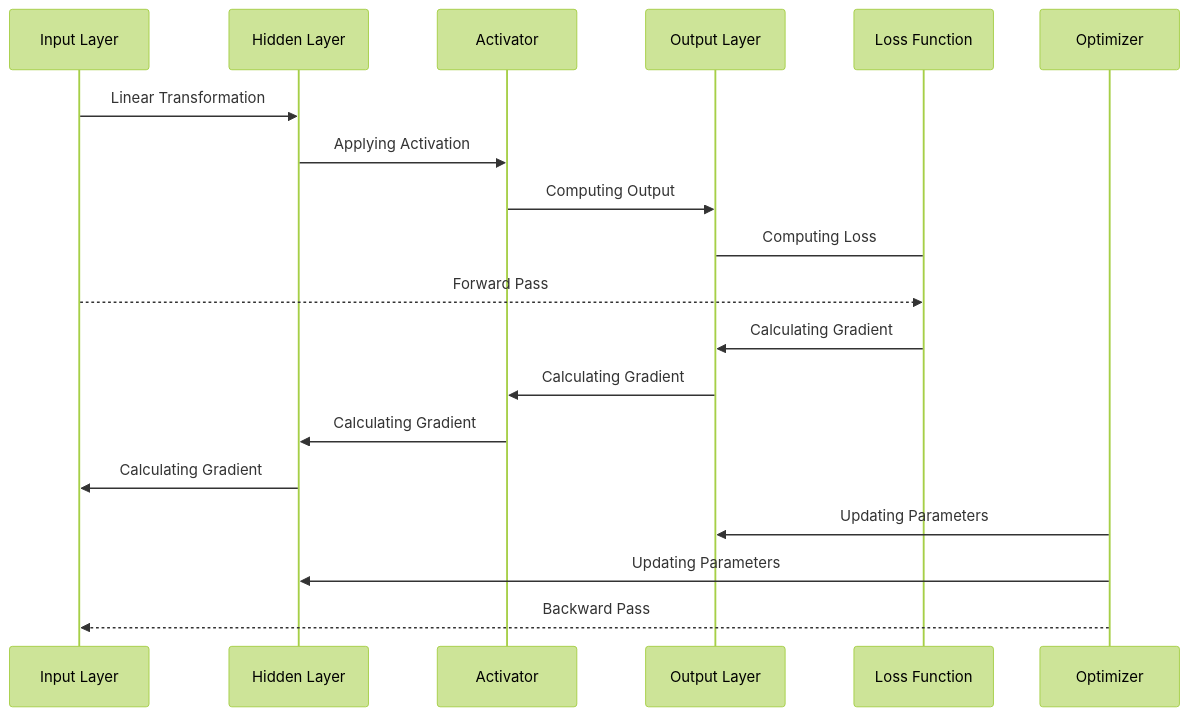
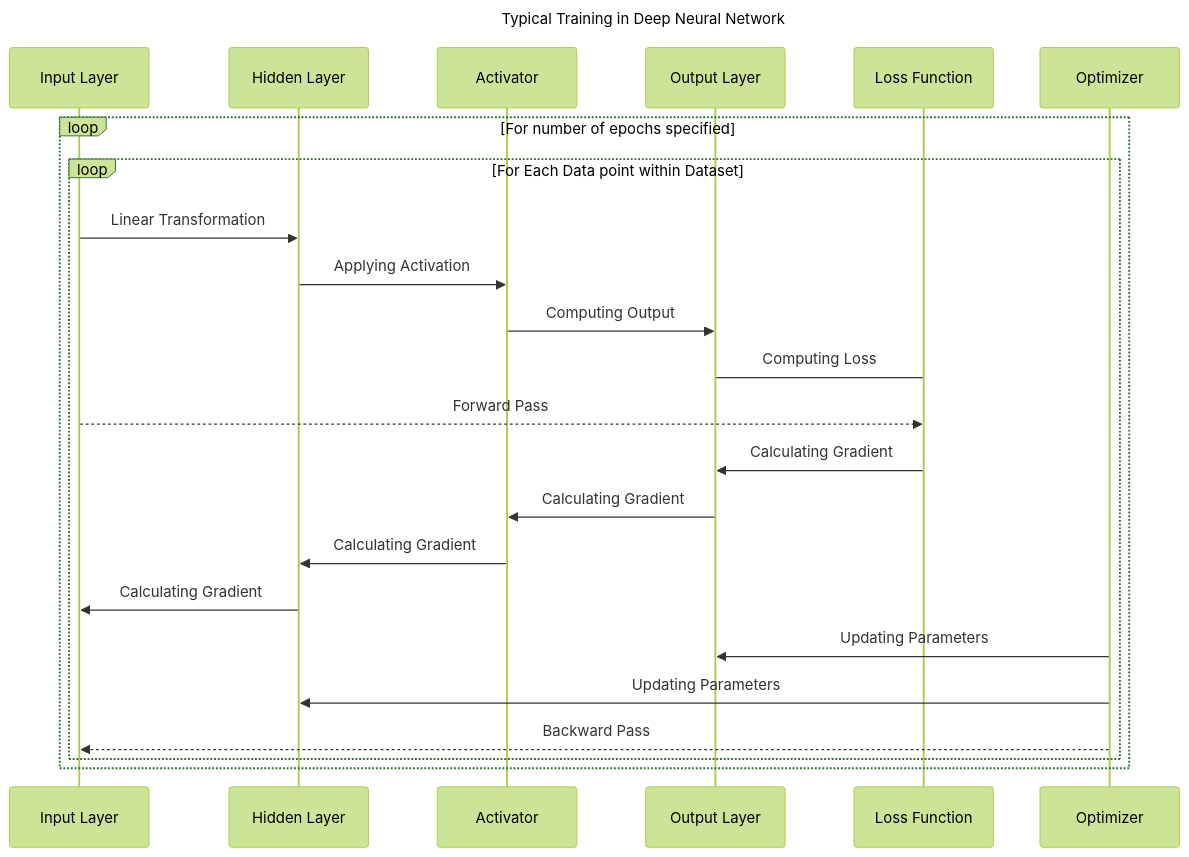
One commit to iamwatchdogs/Notebook changed the diagram in _posts/2025-03-06-introduction-to-deep-learning.md. Above: the diagram before and after it, drawn with Mermaid (forest theme). The commit also changed other lines of this file, not shown here.

````diff
--- a/_posts/2025-03-06-introduction-to-deep-learning.md
+++ b/_posts/2025-03-06-introduction-to-deep-learning.md
@@ -343,23 +385,32 @@
 ```mermaid
+---
+title: Typical Training in Deep Neural Network
+---
 sequenceDiagram
   participant Input Layer
   participant Hidden Layer
   participant Activator
   participant Output Layer
   participant Loss Function
   participant Optimizer
 
-  Input Layer->>Hidden Layer: Linear Transformation
-  Hidden Layer->>Activator: Applying Activation
-  Activator->>Output Layer: Computing Output
-  Output Layer->Loss Function: Computing Loss
-  Input Layer-->>Loss Function: Forward Pass
+  loop For number of epochs specified
+    loop For Each Data point within Dataset
 
-  Loss Function->>Output Layer: Calculating Gradient
-  Output Layer->>Activator: Calculating Gradient
-  Activator->>Hidden Layer: Calculating Gradient
-  Hidden Layer->> Input Layer: Calculating Gradient
-  Optimizer->>Output Layer: Updating Parameters
-  Optimizer->>Hidden Layer: Updating Parameters
-  Optimizer-->>Input Layer: Backward Pass
+      Input Layer->>Hidden Layer: Linear Transformation
+      Hidden Layer->>Activator: Applying Activation
+      Activator->>Output Layer: Computing Output
+      Output Layer->Loss Function: Computing Loss
+      Input Layer-->>Loss Function: Forward Pass
+
+      Loss Function->>Output Layer: Calculating Gradient
+      Output Layer->>Activator: Calculating Gradient
+      Activator->>Hidden Layer: Calculating Gradient
+      Hidden Layer->> Input Layer: Calculating Gradient
+      Optimizer->>Output Layer: Updating Parameters
+      Optimizer->>Hidden Layer: Updating Parameters
+      Optimizer-->>Input Layer: Backward Pass
+
+    end
+  end
 ```
````
